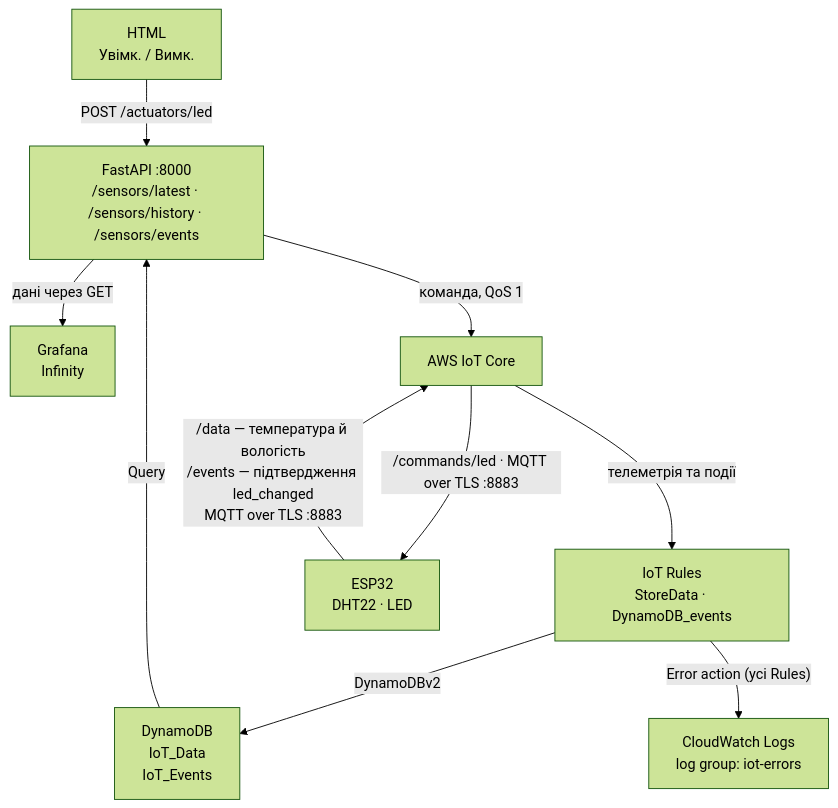
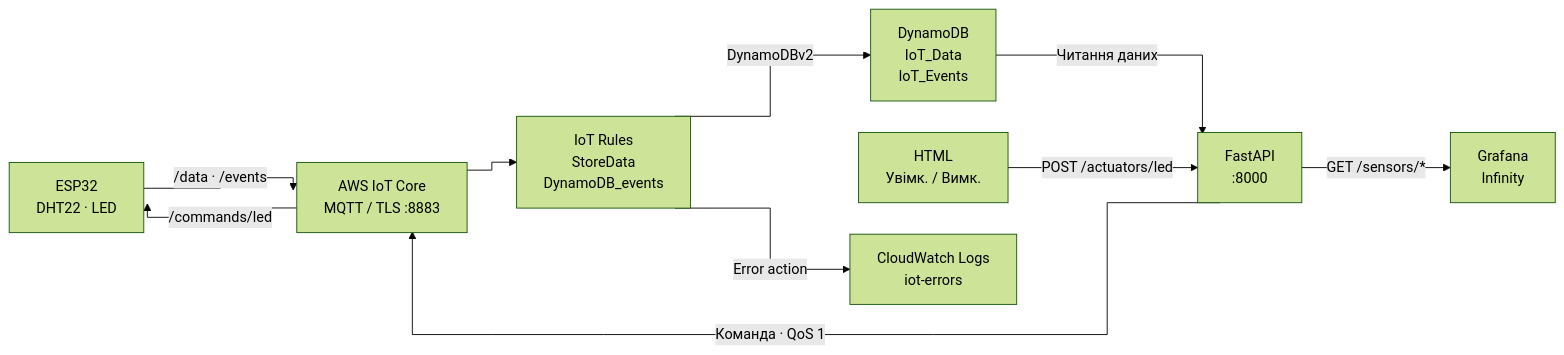
One commit to Furiss/Learn_IoT changed the diagram in homework_6/README.md. Above: the diagram before and after it, drawn with Mermaid (forest theme).

Commit message:
Revise architecture flowchart in README.md
Updated architecture diagram and flowchart in README.

````diff
--- a/homework_6/README.md
+++ b/homework_6/README.md
@@ -13,21 +13,23 @@
 ```mermaid
-flowchart TB
+%%{init: {"flowchart": {"curve": "stepAfter", "nodeSpacing": 35, "rankSpacing": 55}}}%%
+flowchart LR
+    esp["ESP32<br/>DHT22 · LED"]
+    iot["AWS IoT Core<br/>MQTT / TLS :8883"]
+    rules["IoT Rules<br/>StoreData<br/>DynamoDB_events"]
+    db["DynamoDB<br/>IoT_Data<br/>IoT_Events"]
+    api["FastAPI<br/>:8000"]
+    grafana["Grafana<br/>Infinity"]
     html["HTML<br/>Увімк. / Вимк."]
-    grafana["Grafana<br/>Infinity"]
-    api["FastAPI :8000<br/>/sensors/latest · /sensors/history · /sensors/events"]
-    iot["AWS IoT Core"]
-    rules["IoT Rules<br/>StoreData · DynamoDB_events"]
-    db["DynamoDB<br/>IoT_Data<br/>IoT_Events"]
-    logs["CloudWatch Logs<br/>log group: iot-errors"]
-    esp["ESP32<br/>DHT22 · LED"]
+    logs["CloudWatch Logs<br/>iot-errors"]
+
+    esp -->|"/data · /events"| iot
+    iot --> rules
+    rules -->|"DynamoDBv2"| db
+    db -->|"Читання даних"| api
+    api -->|"GET /sensors/*"| grafana
 
     html -->|"POST /actuators/led"| api
-    api -->|"дані через GET"| grafana
-    api -->|"команда, QoS 1"| iot
-    db -->|"Query"| api
-    iot -->|"телеметрія та події"| rules
-    rules -->|"DynamoDBv2"| db
-    rules -->|"Error action (усі Rules)"| logs
-    iot -->|"/commands/led · MQTT over TLS :8883"| esp
-    esp -->|"/data — температура й вологість<br/>/events — підтвердження led_changed<br/>MQTT over TLS :8883"| iot
+    api -->|"Команда · QoS 1"| iot
+    iot -->|"/commands/led"| esp
+    rules -->|"Error action"| logs
 ```
````
